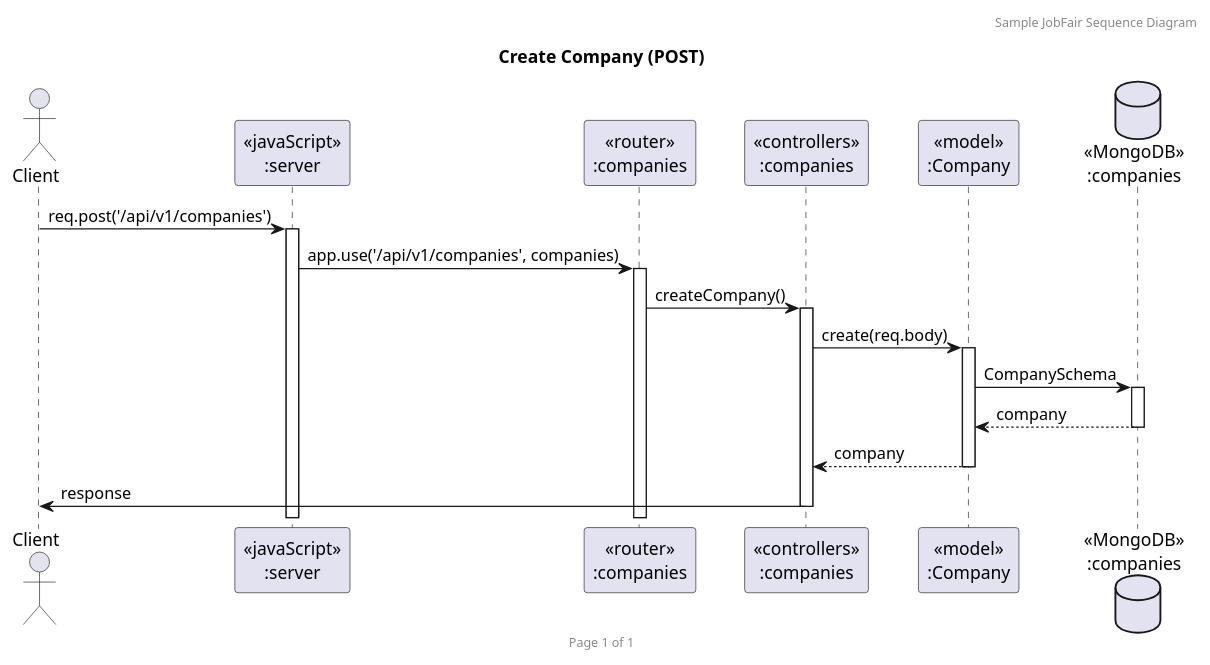
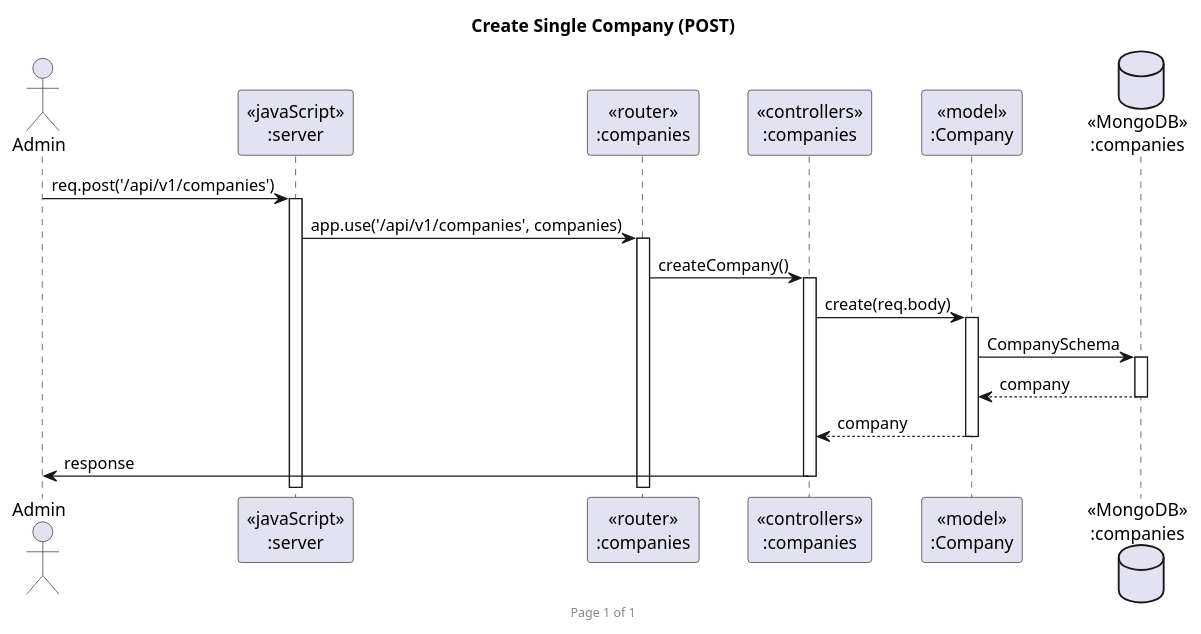
The seventh of 15 diagrams in uml/sequence-diagram.puml (2110503-CEDT68/be-project-68-vacq), drawn with PlantUML before and after one commit. The commit also changed other lines of this file and 27 other files, not shown here.

Commit message:
Edit sequence diagram

```diff
--- a/uml/sequence-diagram.puml
+++ b/uml/sequence-diagram.puml
@@ -139,23 +133,22 @@
-@startuml Create Company (POST)
+@startuml Create Single Company (POST)
 
-header Sample JobFair Sequence Diagram
 footer Page %page% of %lastpage%
-title "Create Company (POST)"
+title "Create Single Company (POST)"
 
-actor "Client" as client
+actor "Admin" as client
 participant "<<javaScript>>\n:server" as server
 participant "<<router>>\n:companies" as routerCompanies
 participant "<<controllers>>\n:companies" as controllersCompanies
 participant "<<model>>\n:Company" as modelCompany
 database "<<MongoDB>>\n:companies" as CompaniesDatabase
 
 client->server ++: req.post('/api/v1/companies')
 server->routerCompanies ++: app.use('/api/v1/companies', companies)
 routerCompanies -> controllersCompanies ++: createCompany()
 controllersCompanies->modelCompany ++: create(req.body)
 modelCompany ->CompaniesDatabase ++: CompanySchema
 CompaniesDatabase --> modelCompany --: company
 controllersCompanies <-- modelCompany --: company
 controllersCompanies->client --: response
 
 @enduml
```
